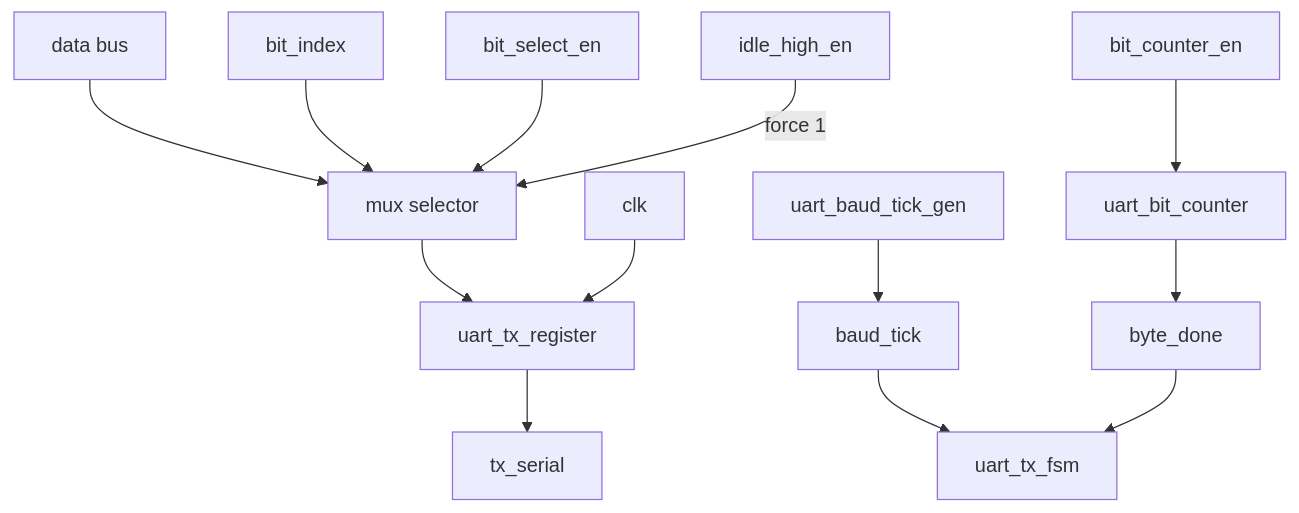
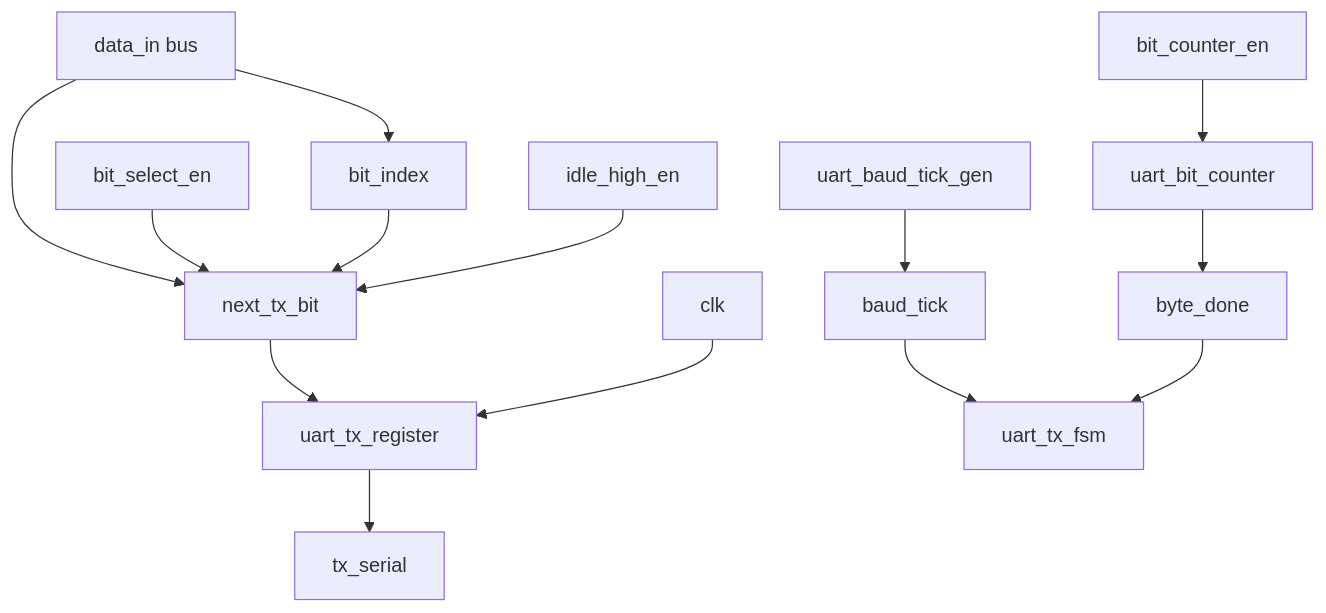
Before and after one commit to dmz4/uart_control_datapath_core: the first of 4 diagrams in README.md, drawn with Mermaid. The commit also changed other lines of this file and 11 other files, not shown here.

````diff
--- a/README.md
+++ b/README.md
@@ -41,15 +55,16 @@
 ```mermaid
 flowchart TD
-    A[data bus] --> B[mux selector]
-    C[bit_index] --> B
-    D[bit_select_en] --> B
-    E[idle_high_en] -->|force 1| B
-    B --> F[uart_tx_register]
+    A[data_in bus] --> B[bit_index]
+    A --> C[next_tx_bit]
+    D[bit_select_en] --> C
+    B --> C
+    E[idle_high_en] --> C
+    C --> F[uart_tx_register]
     F --> G[tx_serial]
     H[clk] --> F
     I[uart_baud_tick_gen] --> J[baud_tick]
     J --> K[uart_tx_fsm]
     L[uart_bit_counter] --> M[byte_done]
     M --> K
     N[bit_counter_en] --> L
 ```
````
